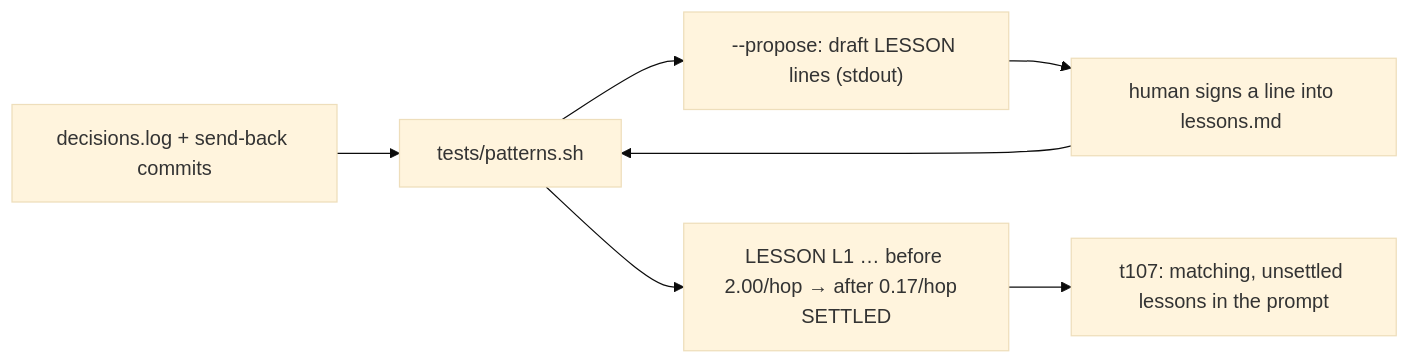
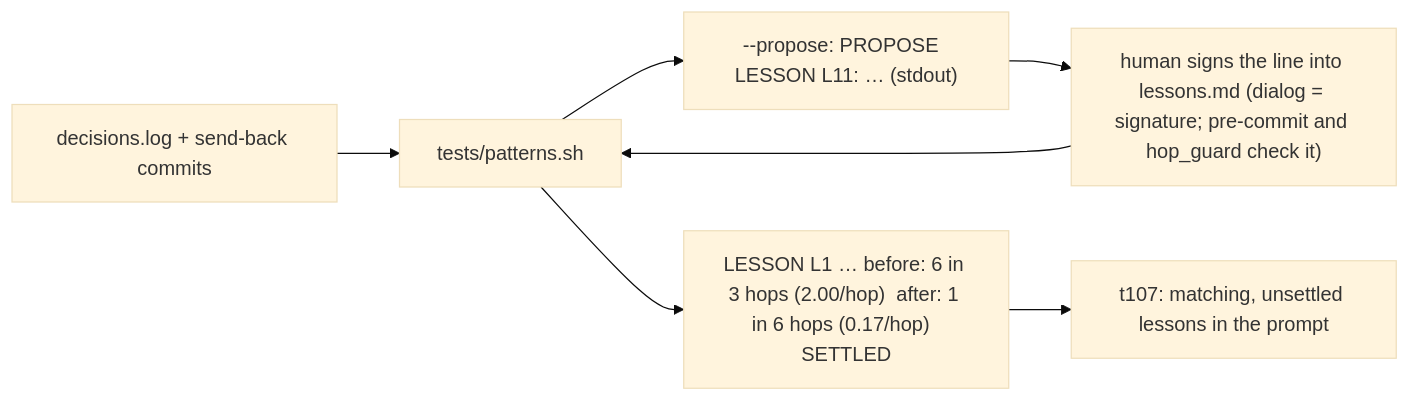
Before and after one commit to kadaluarsa/barbaric-driven-development: the second of 2 diagrams in docs/cascade/05b-t106-lessons.md, drawn with Mermaid (base theme). The commit also changed other lines of this file and 4 other files, not shown here.

Commit message:
t106: answer the spec critique (8 fixed, 1 no change); LESSON lines are human-owned in a guarded file, hops are real edges in scope, NO MATCH mark; oracle re-pinned

````diff
--- a/docs/cascade/05b-t106-lessons.md
+++ b/docs/cascade/05b-t106-lessons.md
@@ -46,9 +50,9 @@
 ```mermaid
 flowchart LR
   L["decisions.log + send-back commits"] --> P["tests/patterns.sh"]
-  P --> D["--propose: draft LESSON lines (stdout)"]
-  D --> S["human signs a line into lessons.md <EDIT>"]
+  P --> D["--propose: PROPOSE  LESSON L11: … (stdout)"]
+  D --> S["human signs the line into lessons.md (dialog = signature; pre-commit and hop_guard check it)"]
   S --> P
-  P --> T["LESSON L1 … before 2.00/hop → after 0.17/hop  SETTLED"]
+  P --> T["LESSON L1 … before: 6 in 3 hops (2.00/hop)  after: 1 in 6 hops (0.17/hop)  SETTLED"]
   T --> N["t107: matching, unsettled lessons in the prompt"]
 ```
````
